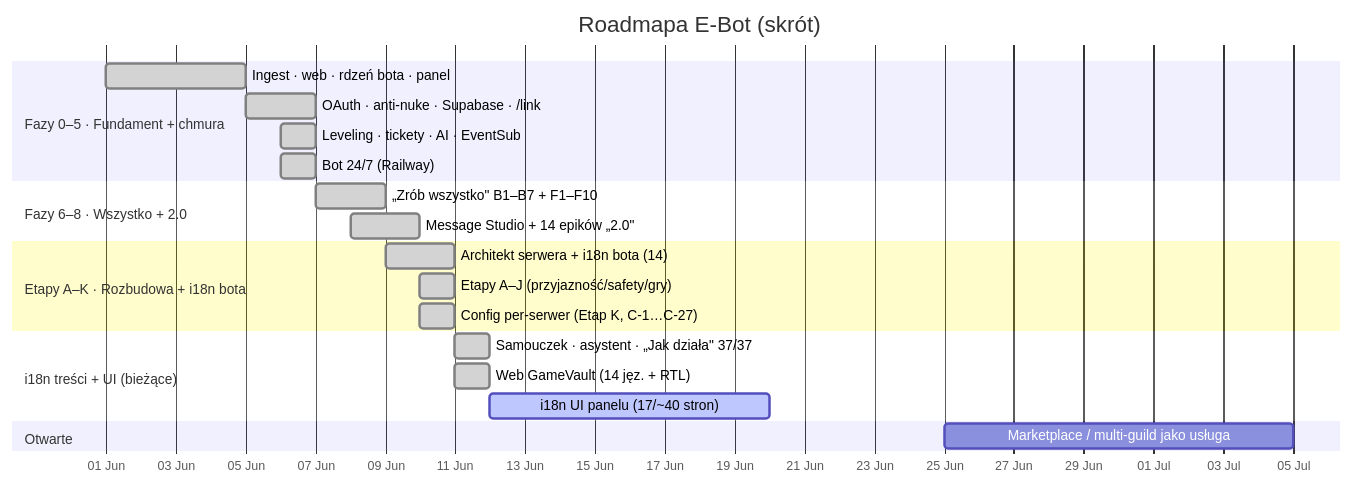
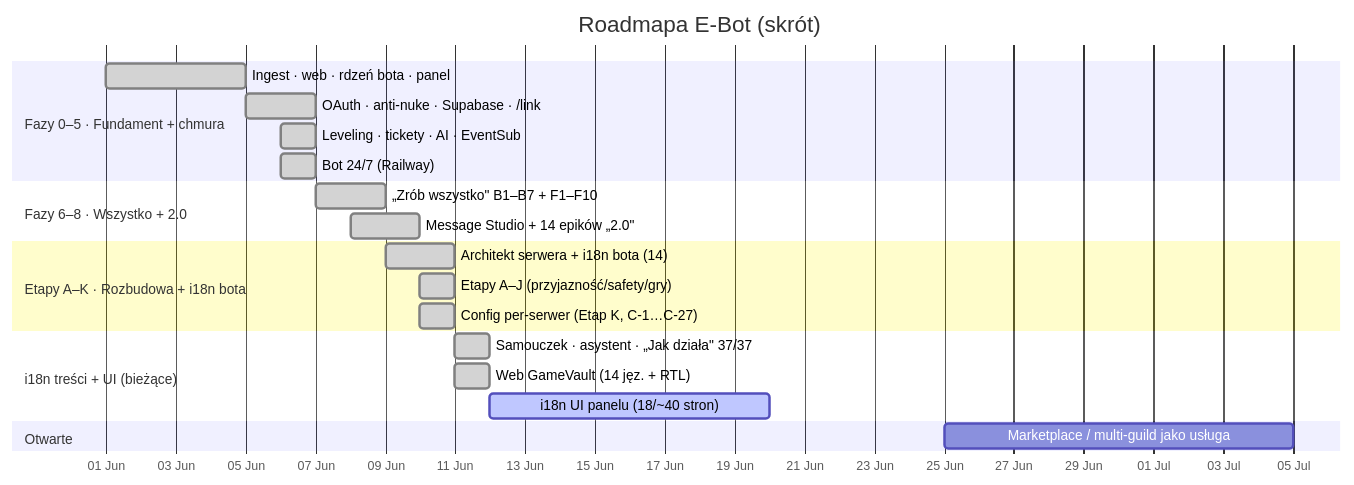
The first of 2 diagrams in docs/ROADMAP.md (Gh0s777tt/E-Bot), drawn with Mermaid before and after one commit. The commit also changed other lines of this file and 6 other files, not shown here.

````diff
--- a/docs/ROADMAP.md
+++ b/docs/ROADMAP.md
@@ -23,24 +23,24 @@
 ```mermaid
 gantt
   title Roadmapa E-Bot (skrót)
   dateFormat YYYY-MM-DD
   axisFormat %d %b
   section Fazy 0–5 · Fundament + chmura
   Ingest · web · rdzeń bota · panel    :done, f0, 2026-06-01, 4d
   OAuth · anti-nuke · Supabase · /link :done, f1, 2026-06-05, 2d
   Leveling · tickety · AI · EventSub   :done, f4, 2026-06-06, 1d
   Bot 24/7 (Railway)                   :done, f5, 2026-06-06, 1d
   section Fazy 6–8 · Wszystko + 2.0
   „Zrób wszystko" B1–B7 + F1–F10       :done, f7, 2026-06-07, 2d
   Message Studio + 14 epików „2.0"     :done, f8, 2026-06-08, 2d
   section Etapy A–K · Rozbudowa + i18n bota
   Architekt serwera + i18n bota (14)   :done, ek1, 2026-06-09, 2d
   Etapy A–J (przyjazność/safety/gry)   :done, ek2, 2026-06-10, 1d
   Config per-serwer (Etap K, C-1…C-27) :done, ek3, 2026-06-10, 1d
   section i18n treści + UI (bieżące)
   Samouczek · asystent · „Jak działa" 37/37 :done, i1, 2026-06-11, 1d
   Web GameVault (14 jęz. + RTL)        :done, i2, 2026-06-11, 1d
-  i18n UI panelu (17/~40 stron)        :active, i3, 2026-06-12, 8d
+  i18n UI panelu (18/~40 stron)        :active, i3, 2026-06-12, 8d
   section Otwarte
   Marketplace / multi-guild jako usługa :        mk, 2026-06-25, 10d
 ```
````
